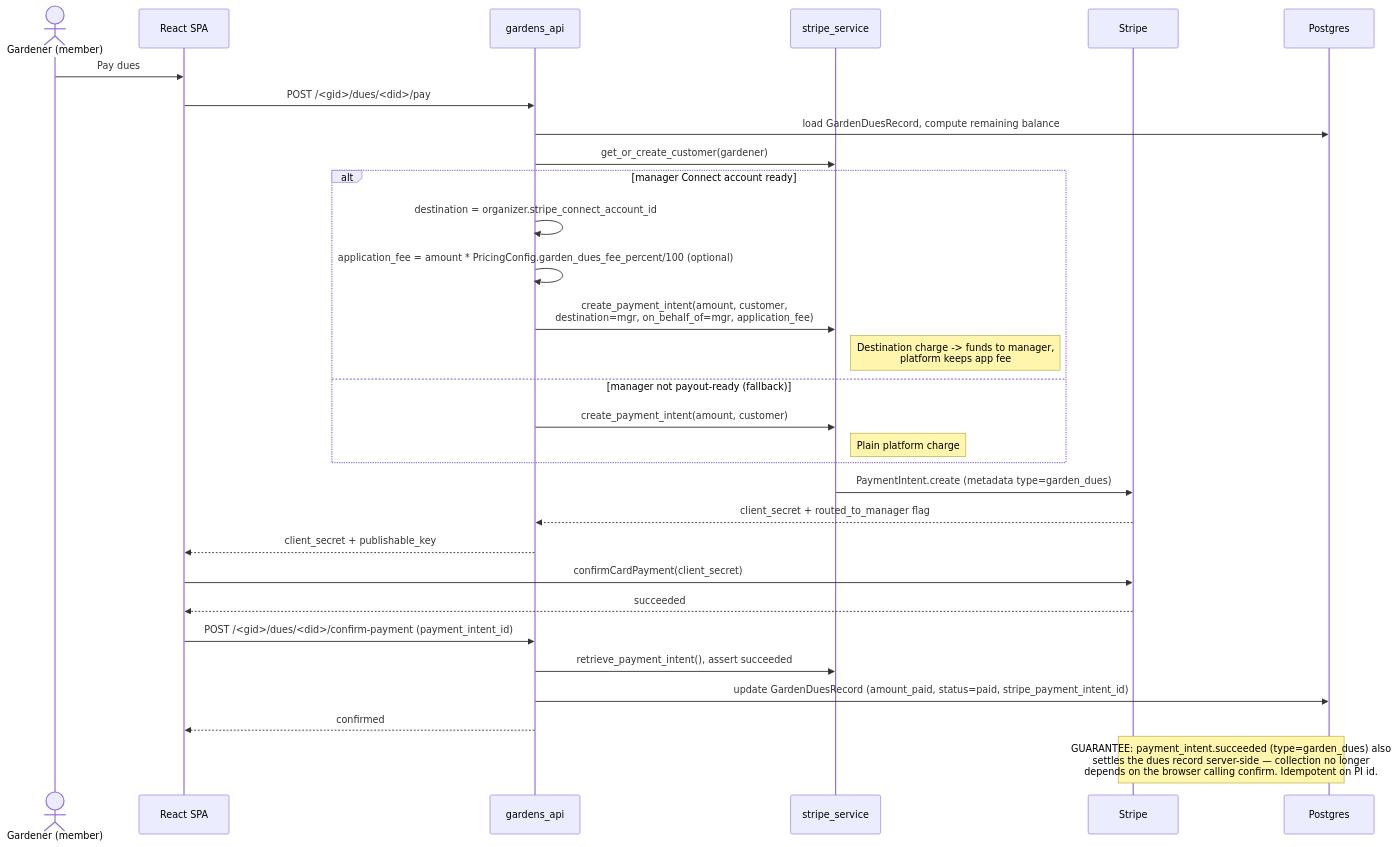
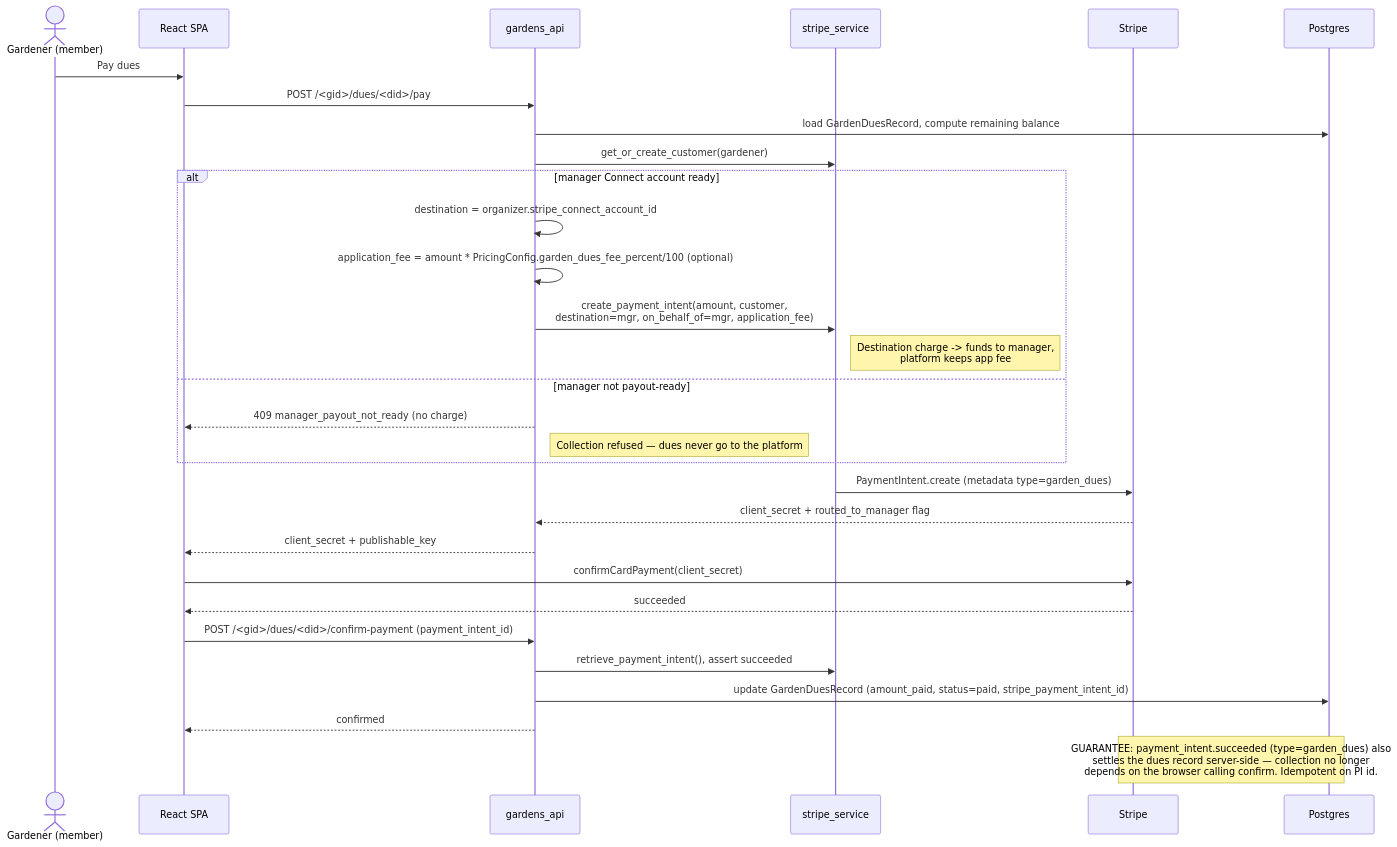
Before and after one commit to mchine73/yardharvest: the third of 4 diagrams in docs/architecture/05-payments.md, drawn with Mermaid. The commit also changed other lines of this file and 2 other files, not shown here.

First line of the commit message:
Dues: always route to the manager's Connect account (no platform-charge fallback)

````diff
--- a/docs/architecture/05-payments.md
+++ b/docs/architecture/05-payments.md
@@ -128,33 +132,33 @@
 ```mermaid
 sequenceDiagram
     actor G as Gardener (member)
     participant FE as React SPA
     participant GA as gardens_api
     participant SS as stripe_service
     participant ST as Stripe
     participant DB as Postgres
 
     G->>FE: Pay dues
     FE->>GA: POST /<gid>/dues/<did>/pay
     GA->>DB: load GardenDuesRecord, compute remaining balance
     GA->>SS: get_or_create_customer(gardener)
     alt manager Connect account ready
         GA->>GA: destination = organizer.stripe_connect_account_id
         GA->>GA: application_fee = amount * PricingConfig.garden_dues_fee_percent/100 (optional)
         GA->>SS: create_payment_intent(amount, customer,<br/>destination=mgr, on_behalf_of=mgr, application_fee)
         Note right of SS: Destination charge -> funds to manager,<br/>platform keeps app fee
-    else manager not payout-ready (fallback)
-        GA->>SS: create_payment_intent(amount, customer)
-        Note right of SS: Plain platform charge
+    else manager not payout-ready
+        GA-->>FE: 409 manager_payout_not_ready (no charge)
+        Note right of GA: Collection refused — dues never go to the platform
     end
     SS->>ST: PaymentIntent.create (metadata type=garden_dues)
     ST-->>GA: client_secret + routed_to_manager flag
     GA-->>FE: client_secret + publishable_key
     FE->>ST: confirmCardPayment(client_secret)
     ST-->>FE: succeeded
     FE->>GA: POST /<gid>/dues/<did>/confirm-payment (payment_intent_id)
     GA->>SS: retrieve_payment_intent(), assert succeeded
     GA->>DB: update GardenDuesRecord (amount_paid, status=paid, stripe_payment_intent_id)
     GA-->>FE: confirmed
     Note over ST,DB: GUARANTEE: payment_intent.succeeded (type=garden_dues) also<br/>settles the dues record server-side — collection no longer<br/>depends on the browser calling confirm. Idempotent on PI id.
 ```
````
